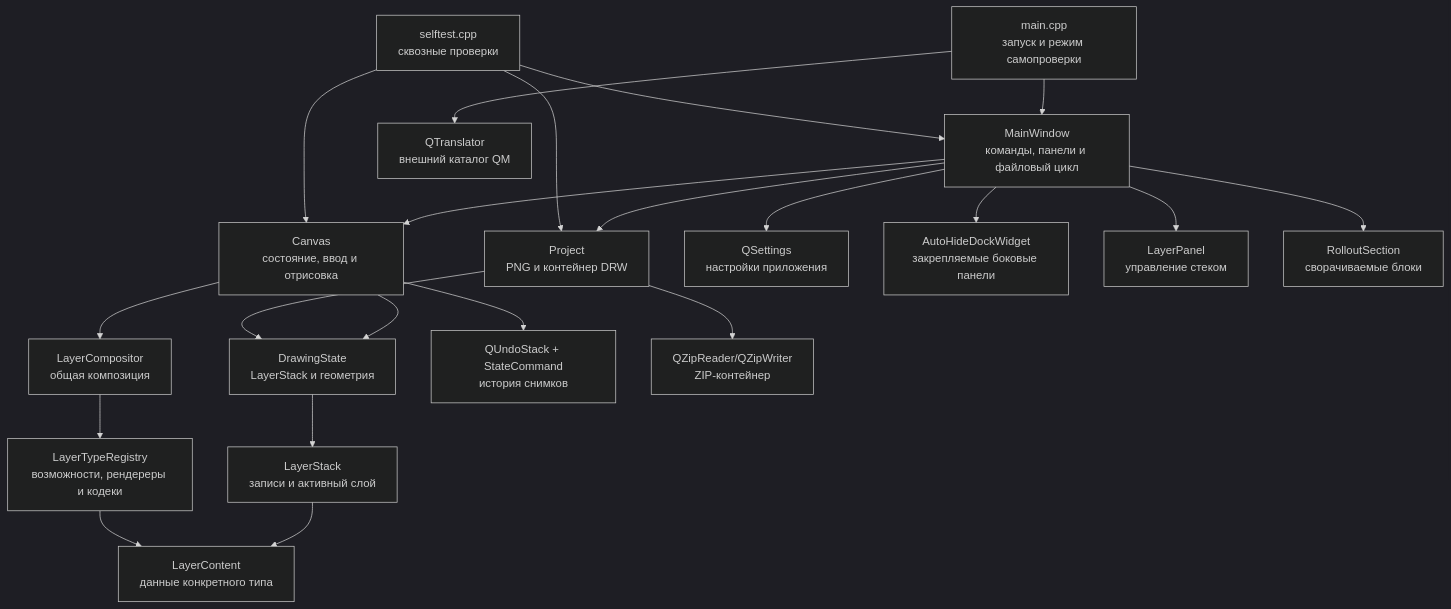
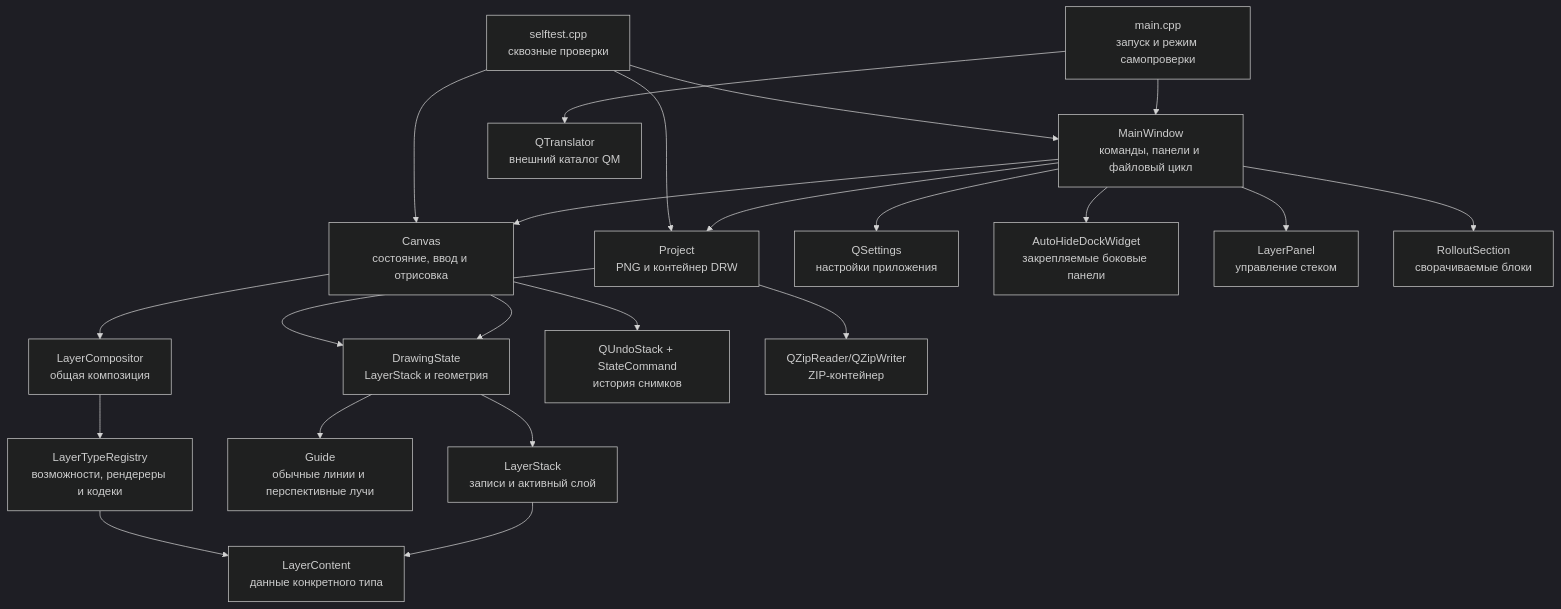
One commit to imalyavskiy/TechDrawGraphicsEditor changed the diagram in docs/architecture.md. Above: the diagram before and after it, drawn with Mermaid (dark theme). The commit also changed other lines of this file and 1 other file, not shown here.

````diff
--- a/docs/architecture.md
+++ b/docs/architecture.md
@@ -11,23 +11,24 @@
 ```mermaid
 flowchart TD
     Main[main.cpp<br/>запуск и режим самопроверки] --> Window[MainWindow<br/>команды, панели и файловый цикл]
     Window --> Canvas[Canvas<br/>состояние, ввод и отрисовка]
     Window --> Project[Project<br/>PNG и контейнер DRW]
     Window --> Settings[QSettings<br/>настройки приложения]
     Window --> AutoHide[AutoHideDockWidget<br/>закрепляемые боковые панели]
     Window --> LayerPanel[LayerPanel<br/>управление стеком]
     Window --> Rollout[RolloutSection<br/>сворачиваемые блоки]
     Main --> Translator[QTranslator<br/>внешний каталог QM]
     Canvas --> State[DrawingState<br/>LayerStack и геометрия]
     Canvas --> Compositor[LayerCompositor<br/>общая композиция]
     State --> Stack[LayerStack<br/>записи и активный слой]
+    State --> Guides[Guide<br/>обычные линии и перспективные лучи]
     Stack --> Content[LayerContent<br/>данные конкретного типа]
     Compositor --> Registry[LayerTypeRegistry<br/>возможности, рендереры и кодеки]
     Registry --> Content
     Canvas --> Undo[QUndoStack + StateCommand<br/>история снимков]
     Project --> State
     Project --> Archive[QZipReader/QZipWriter<br/>ZIP-контейнер]
     SelfTest[selftest.cpp<br/>сквозные проверки] --> Window
     SelfTest --> Canvas
     SelfTest --> Project
 ```
````
